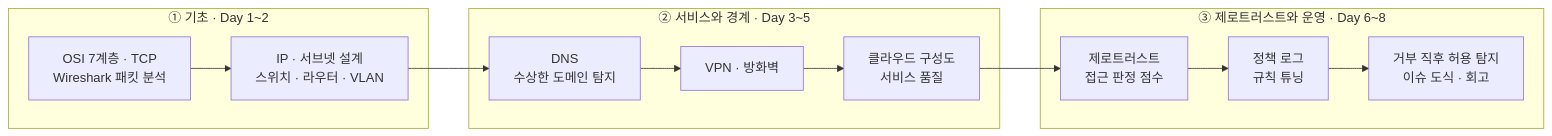
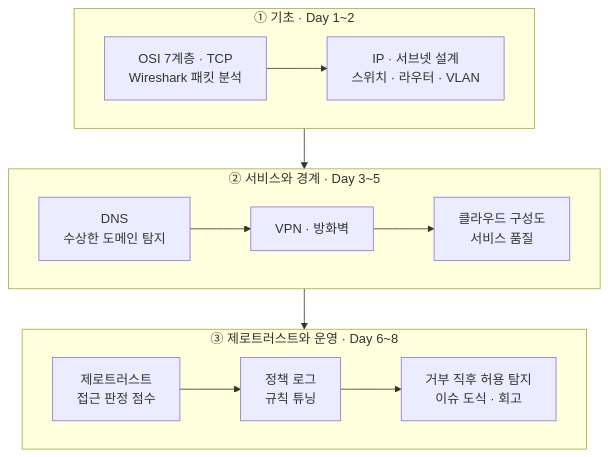
Before and after one commit to mdkk0220/security-agent-toolkit: the second of 4 diagrams in Readme.md, drawn with Mermaid. The commit also changed other lines of this file, not shown here.

````diff
--- a/Readme.md
+++ b/Readme.md
@@ -83,14 +85,16 @@
 ```mermaid
-flowchart LR
+flowchart TB
     subgraph S1["① 기초 · Day 1~2"]
+        direction LR
         A["OSI 7계층 · TCP<br/>Wireshark 패킷 분석"] --> B["IP · 서브넷 설계<br/>스위치 · 라우터 · VLAN"]
     end
     subgraph S2["② 서비스와 경계 · Day 3~5"]
+        direction LR
         C["DNS<br/>수상한 도메인 탐지"] --> D["VPN · 방화벽"] --> E["클라우드 구성도<br/>서비스 품질"]
     end
     subgraph S3["③ 제로트러스트와 운영 · Day 6~8"]
+        direction LR
         F["제로트러스트<br/>접근 판정 점수"] --> G["정책 로그<br/>규칙 튜닝"] --> H["거부 직후 허용 탐지<br/>이슈 도식 · 회고"]
     end
-    B --> C
-    E --> F
+    S1 --> S2 --> S3
 ```
````
